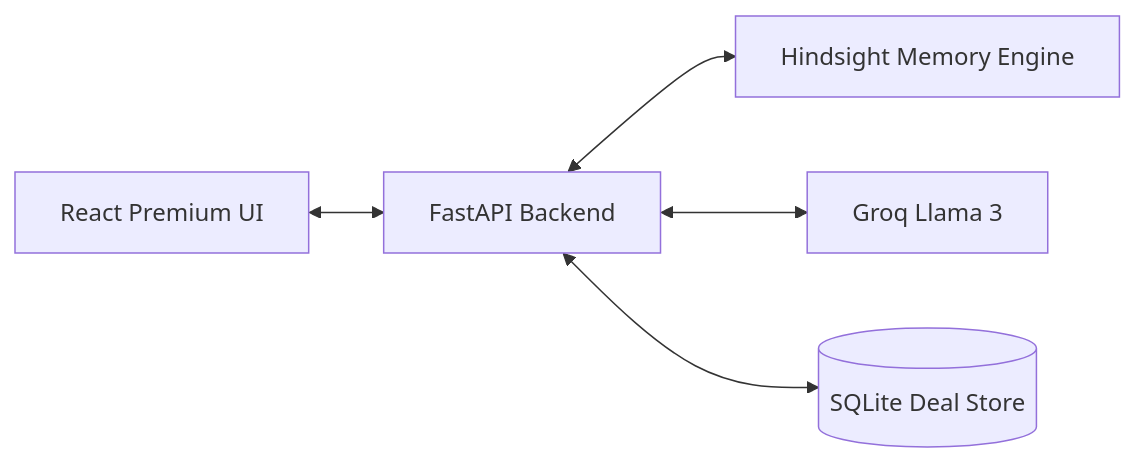
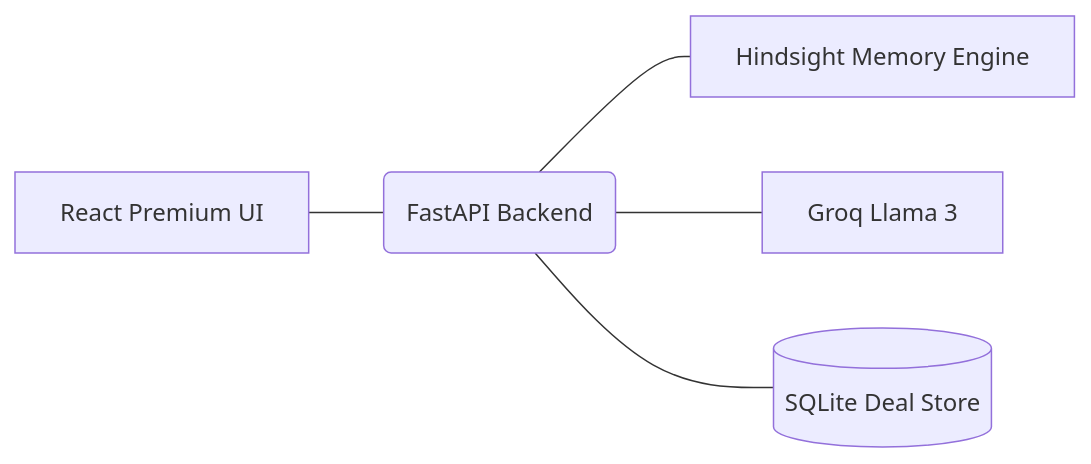
The diagram in README.md (YushBytes/RecallIQ), drawn with Mermaid before and after one commit.

Commit message:
README: Simplified architecture diagram connections for better rendering

````diff
--- a/README.md
+++ b/README.md
@@ -31,7 +31,7 @@
 ```mermaid
 flowchart LR
-    UI[React Premium UI] <--> API[FastAPI Backend]
-    API <--> Memory[Hindsight Memory Engine]
-    API <--> LLM[Groq Llama 3]
-    API <--> DB[(SQLite Deal Store)]
+    UI[React Premium UI] --- API(FastAPI Backend)
+    API --- Memory[Hindsight Memory Engine]
+    API --- LLM[Groq Llama 3]
+    API --- DB[(SQLite Deal Store)]
 ```
````
